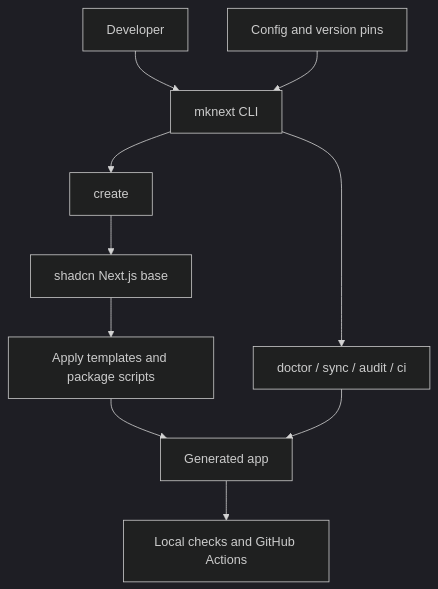
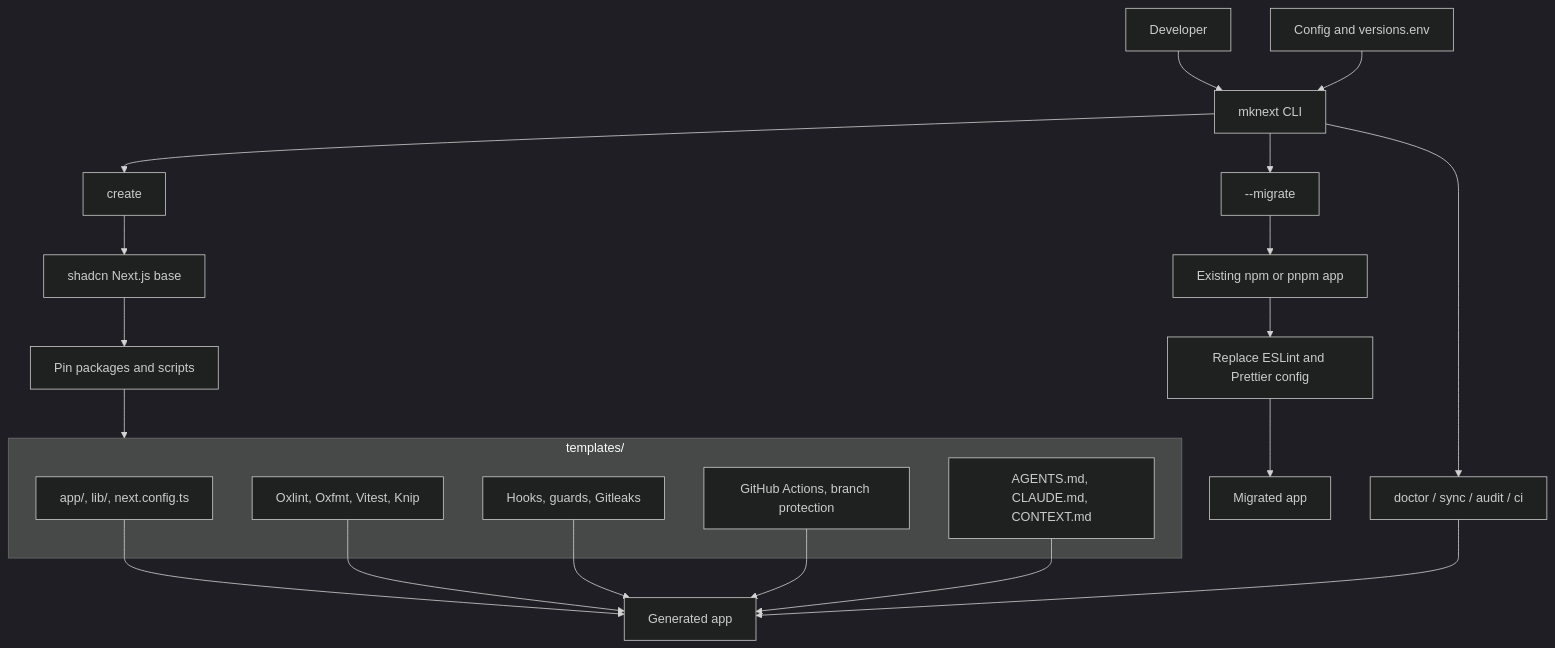
The diagram in docs/mknext-flow.mmd (oddsdefier/mknext), drawn with Mermaid (dark theme) before and after one commit. The commit also changed 6 other files, not shown here.

Commit message:
docs: show project chart and release 1.4.2

```diff
--- a/docs/mknext-flow.mmd
+++ b/docs/mknext-flow.mmd
@@ -1,10 +1,25 @@
 flowchart TD
   User[Developer] --> CLI[mknext CLI]
-  Config[Config and version pins] --> CLI
+  Config[Config and versions.env] --> CLI
   CLI --> Create[create]
+  CLI --> Migrate[--migrate]
   CLI --> Maintain[doctor / sync / audit / ci]
   Create --> Base[shadcn Next.js base]
-  Base --> Templates[Apply templates and package scripts]
-  Templates --> App[Generated app]
+  Base --> Package[Pin packages and scripts]
+  Package --> Templates
+  subgraph Templates[templates/]
+    AppFiles[app/, lib/, next.config.ts]
+    Quality[Oxlint, Oxfmt, Vitest, Knip]
+    Security[Hooks, guards, Gitleaks]
+    Workflow[GitHub Actions, branch protection]
+    Guidance[AGENTS.md, CLAUDE.md, CONTEXT.md]
+  end
+  AppFiles --> App[Generated app]
+  Quality --> App
+  Security --> App
+  Workflow --> App
+  Guidance --> App
+  Migrate --> Existing[Existing npm or pnpm app]
+  Existing --> Convert[Replace ESLint and Prettier config]
+  Convert --> Migrated[Migrated app]
   Maintain --> App
-  App --> CI[Local checks and GitHub Actions]
```
